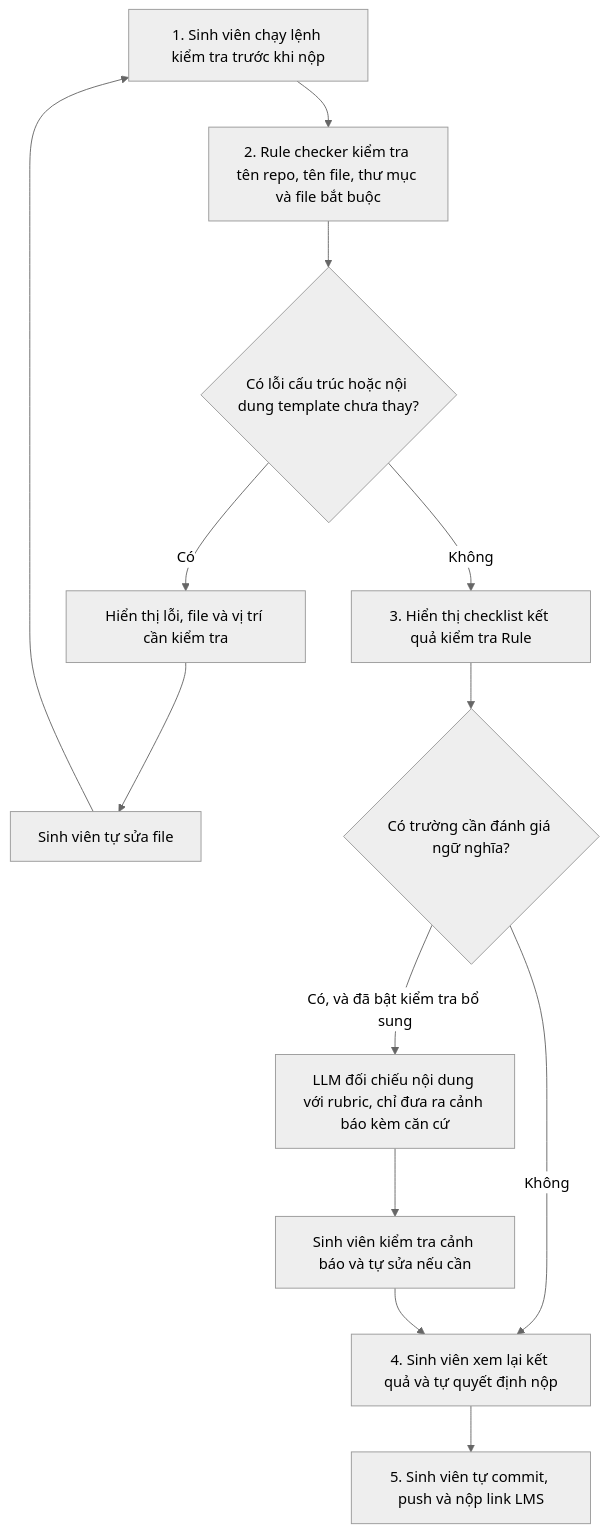
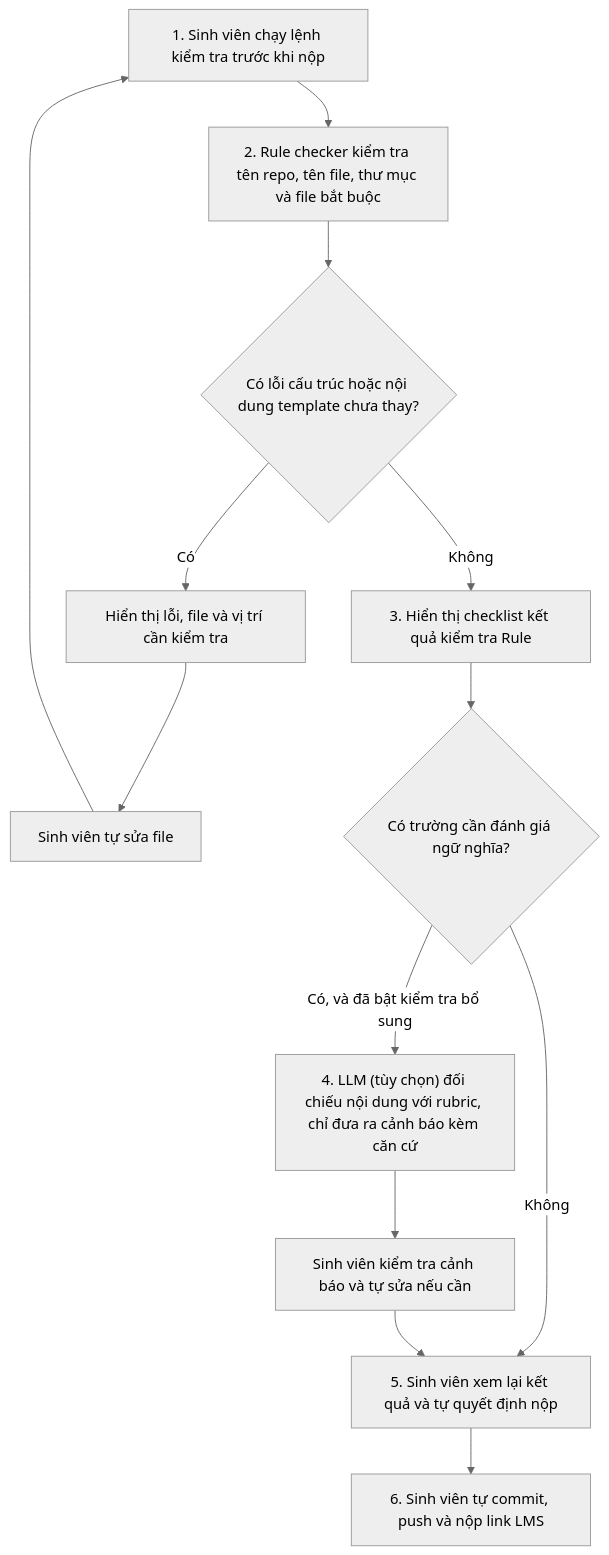
One commit to NTheBao/K5-L3B-DAY02-NhomBVH-DiscoveryProblemFraming changed the second of 2 diagrams in report/team/group_report.md. Above: the diagram before and after it, drawn with Mermaid (neutral theme). The commit also changed other lines of this file and 3 other files, not shown here.

````diff
--- a/report/team/group_report.md
+++ b/report/team/group_report.md
@@ -252,15 +252,15 @@
 ```mermaid
 graph TD
     A["1. Sinh viên chạy lệnh kiểm tra trước khi nộp"] --> B["2. Rule checker kiểm tra tên repo, tên file, thư mục và file bắt buộc"]
     B --> C{"Có lỗi cấu trúc hoặc nội dung template chưa thay?"}
     C -- "Có" --> D["Hiển thị lỗi, file và vị trí cần kiểm tra"]
     D --> E["Sinh viên tự sửa file"]
     E --> A
     C -- "Không" --> F["3. Hiển thị checklist kết quả kiểm tra Rule"]
     F --> G{"Có trường cần đánh giá ngữ nghĩa?"}
-    G -- "Không" --> H["4. Sinh viên xem lại kết quả và tự quyết định nộp"]
-    G -- "Có, và đã bật kiểm tra bổ sung" --> I["LLM đối chiếu nội dung với rubric, chỉ đưa ra cảnh báo kèm căn cứ"]
+    G -- "Không" --> H["5. Sinh viên xem lại kết quả và tự quyết định nộp"]
+    G -- "Có, và đã bật kiểm tra bổ sung" --> I["4. LLM (tùy chọn) đối chiếu nội dung với rubric, chỉ đưa ra cảnh báo kèm căn cứ"]
     I --> J["Sinh viên kiểm tra cảnh báo và tự sửa nếu cần"]
     J --> H
-    H --> K["5. Sinh viên tự commit, push và nộp link LMS"]
+    H --> K["6. Sinh viên tự commit, push và nộp link LMS"]
 ```
````
